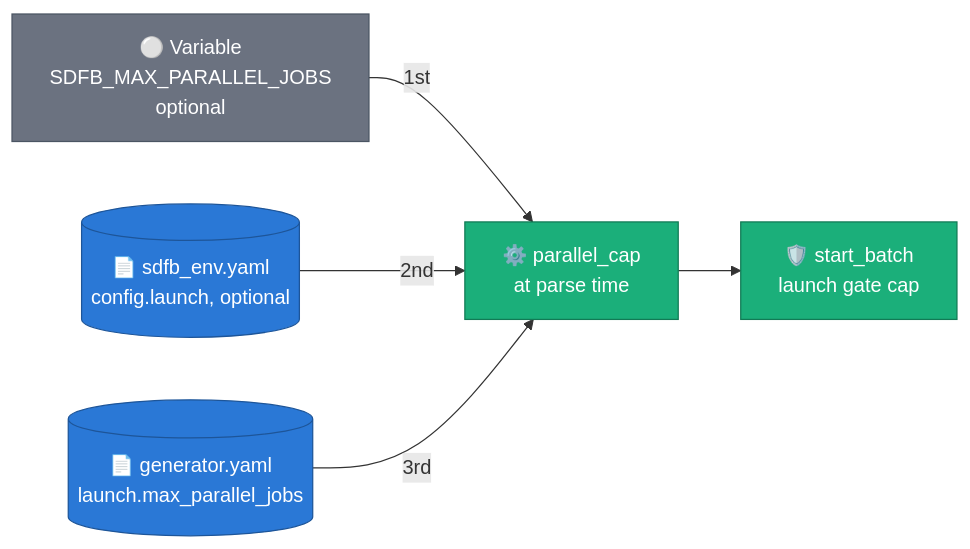
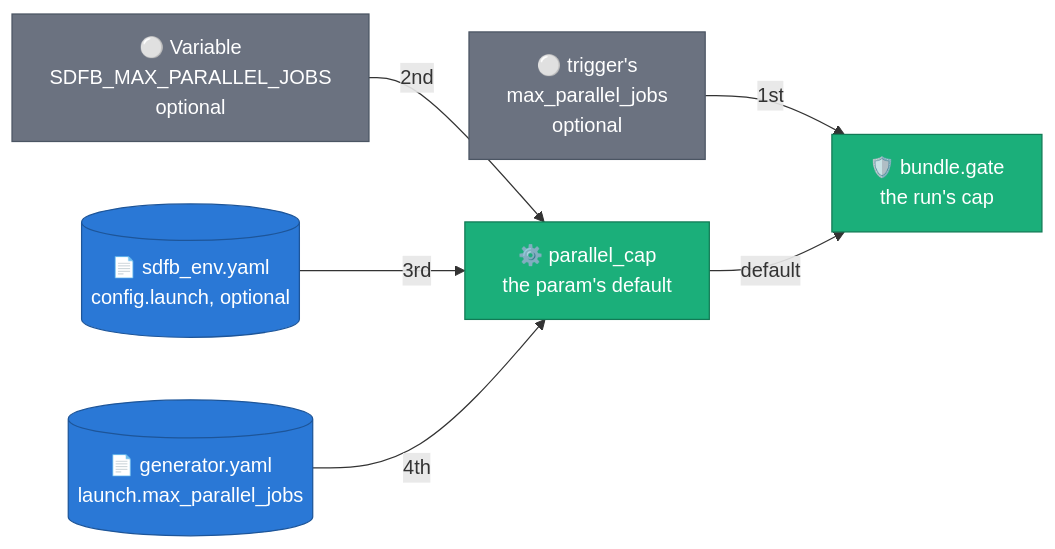
One commit to albertols/synthetic-llm-dataflow-bigquery changed the eighth of 18 diagrams in docs/adr/0045-whole-model-launches.md. Above: the diagram before and after it, drawn with Mermaid. The commit also changed other lines of this file and 15 other files, not shown here.

````diff
--- a/docs/adr/0045-whole-model-launches.md
+++ b/docs/adr/0045-whole-model-launches.md
@@ -357,18 +361,20 @@
 ```mermaid
 flowchart LR
   classDef beam  fill:#eb6834,color:#fff,stroke:#b44f26
   classDef cpu   fill:#1baf7a,color:#fff,stroke:#127a55
   classDef gpu   fill:#7a3fd1,color:#fff,stroke:#5a2f9d
   classDef store fill:#2a78d6,color:#fff,stroke:#1d5599
   classDef data  fill:#6b7280,color:#fff,stroke:#4b5563
 
   Y[("📄 generator.yaml<br/>launch.max_parallel_jobs")]:::store
   O[("📄 sdfb_env.yaml<br/>config.launch, optional")]:::store
   V["⚪ Variable<br/>SDFB_MAX_PARALLEL_JOBS<br/>optional"]:::data
-  C["⚙️ parallel_cap<br/>at parse time"]:::cpu
-  M["🛡️ start_batch<br/>launch gate cap"]:::cpu
-  V -->|"1st"| C
-  O -->|"2nd"| C
-  Y -->|"3rd"| C
-  C --> M
+  P["⚪ trigger's<br/>max_parallel_jobs<br/>optional"]:::data
+  C["⚙️ parallel_cap<br/>the param's default"]:::cpu
+  M["🛡️ bundle.gate<br/>the run's cap"]:::cpu
+  P -->|"1st"| M
+  V -->|"2nd"| C
+  O -->|"3rd"| C
+  Y -->|"4th"| C
+  C -->|"default"| M
 ```
````
